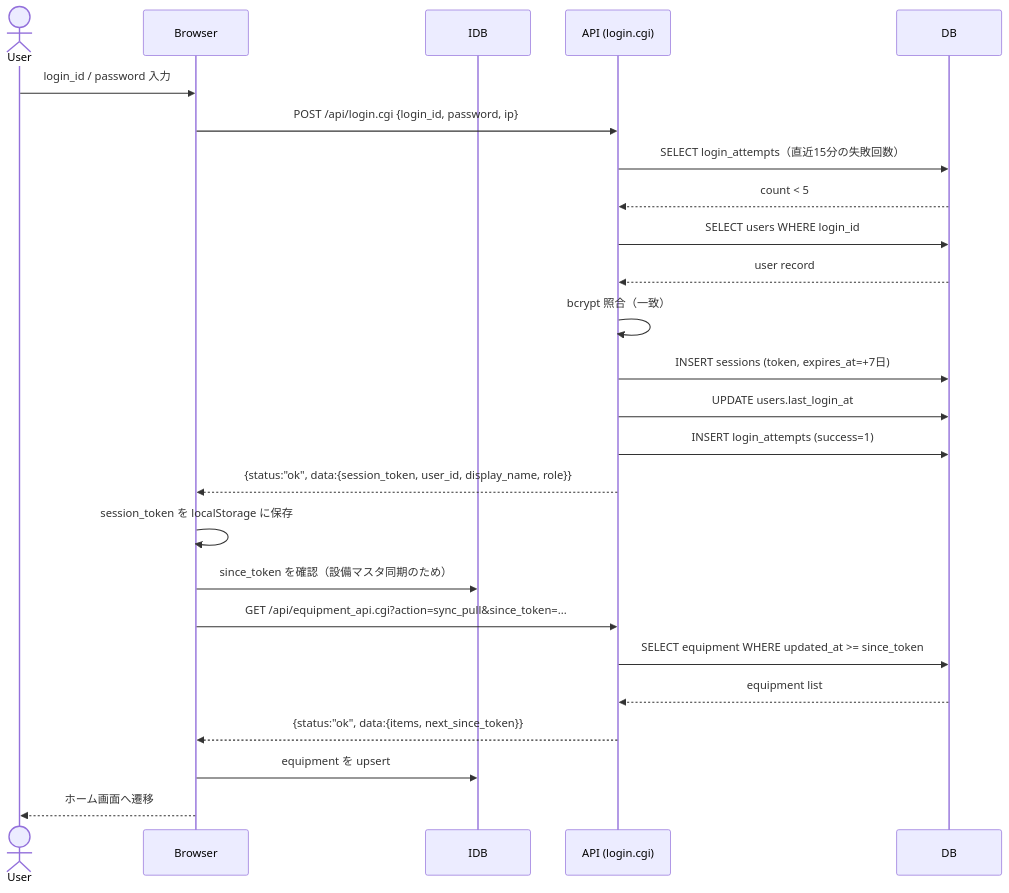
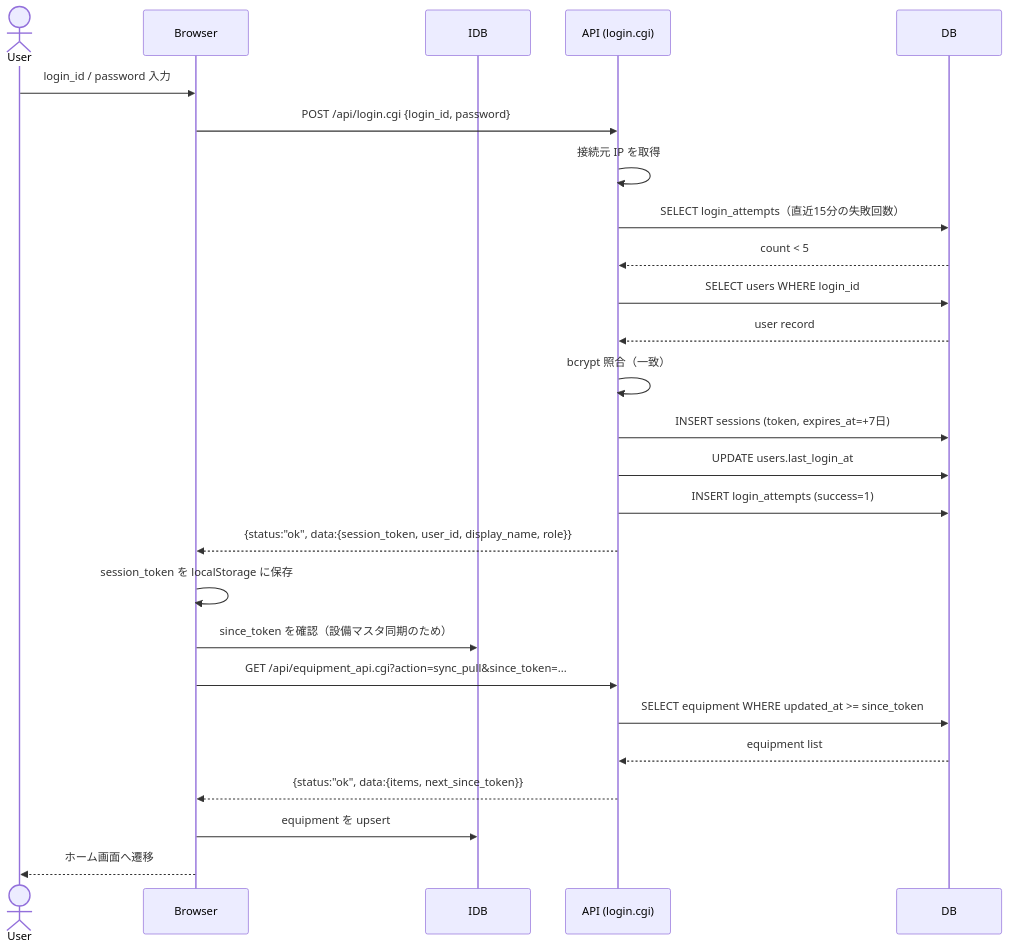
The second of 24 diagrams in SEQUENCE.md (garyohosu/worklog-pwa), drawn with Mermaid before and after one commit. The commit also changed other lines of this file and 2 other files, not shown here.

Commit message:
docs: align sequence flows with sync rules

````diff
--- a/SEQUENCE.md
+++ b/SEQUENCE.md
@@ -47,28 +47,29 @@
 ```mermaid
 sequenceDiagram
   actor User
   participant Browser
   participant IDB
   participant API as API (login.cgi)
   participant DB
 
   User->>Browser: login_id / password 入力
-  Browser->>API: POST /api/login.cgi {login_id, password, ip}
+  Browser->>API: POST /api/login.cgi {login_id, password}
+  API->>API: 接続元 IP を取得
   API->>DB: SELECT login_attempts（直近15分の失敗回数）
   DB-->>API: count < 5
   API->>DB: SELECT users WHERE login_id
   DB-->>API: user record
   API->>API: bcrypt 照合（一致）
   API->>DB: INSERT sessions (token, expires_at=+7日)
   API->>DB: UPDATE users.last_login_at
   API->>DB: INSERT login_attempts (success=1)
   API-->>Browser: {status:"ok", data:{session_token, user_id, display_name, role}}
   Browser->>Browser: session_token を localStorage に保存
   Browser->>IDB: since_token を確認（設備マスタ同期のため）
   Browser->>API: GET /api/equipment_api.cgi?action=sync_pull&since_token=...
   API->>DB: SELECT equipment WHERE updated_at >= since_token
   DB-->>API: equipment list
   API-->>Browser: {status:"ok", data:{items, next_since_token}}
   Browser->>IDB: equipment を upsert
   Browser-->>User: ホーム画面へ遷移
 ```
````
